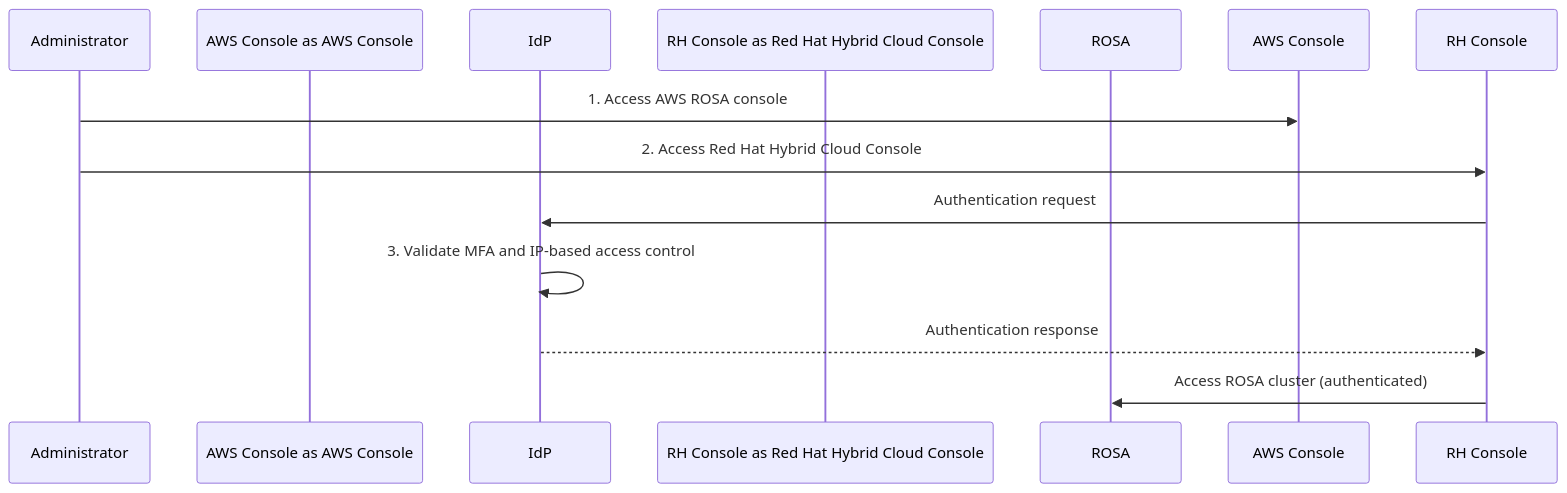
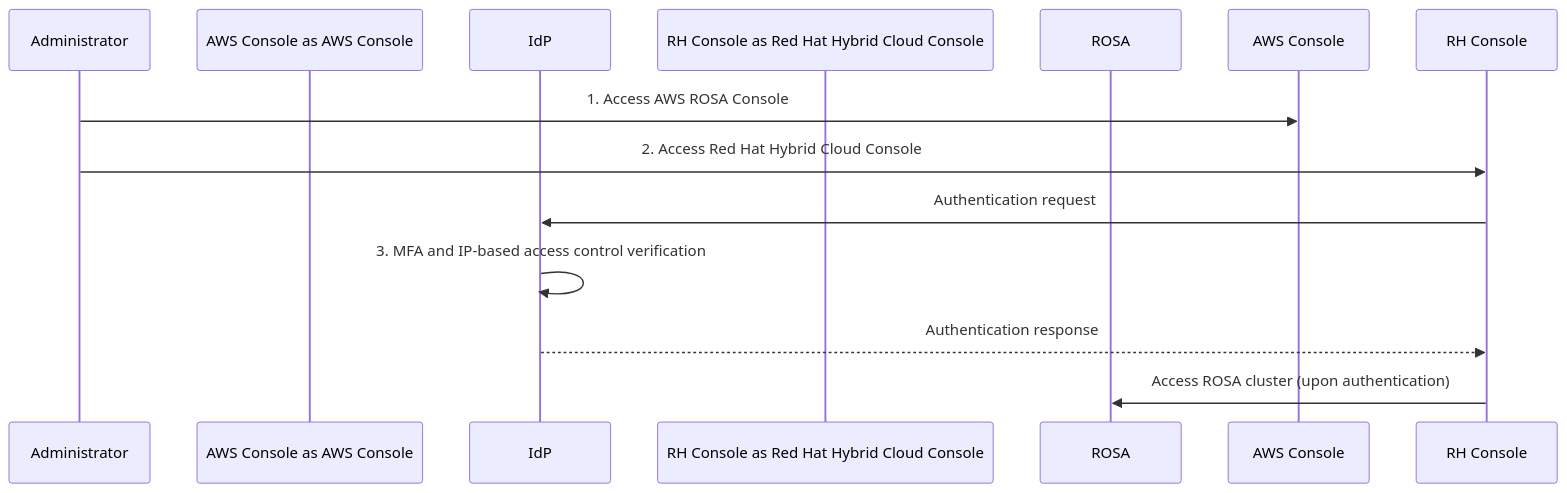
Before and after one commit to devfloor9/engineering-playbook: the first of 2 diagrams in i18n/en/docusaurus-plugin-content-docs/current/rosa/rosa-security-compliance.md, drawn with Mermaid. The commit also changed other lines of this file and 95 other files, not shown here.

````diff
--- a/i18n/en/docusaurus-plugin-content-docs/current/rosa/rosa-security-compliance.md
+++ b/i18n/en/docusaurus-plugin-content-docs/current/rosa/rosa-security-compliance.md
@@ -70,15 +69,15 @@
 ```mermaid
 sequenceDiagram
     participant Admin as Administrator
     participant AWS Console as AWS Console
     participant IdP as IdP
     participant RH Console as Red Hat Hybrid Cloud Console
     participant ROSA
 
-    Admin->>AWS Console: 1. Access AWS ROSA console
+    Admin->>AWS Console: 1. Access AWS ROSA Console
     Admin->>RH Console: 2. Access Red Hat Hybrid Cloud Console
     RH Console->>IdP: Authentication request
-    IdP->>IdP: 3. Validate MFA and IP-based access control
+    IdP->>IdP: 3. MFA and IP-based access control verification
     IdP-->>RH Console: Authentication response
-    RH Console->>ROSA: Access ROSA cluster (authenticated)
+    RH Console->>ROSA: Access ROSA cluster (upon authentication)
 ```
````
